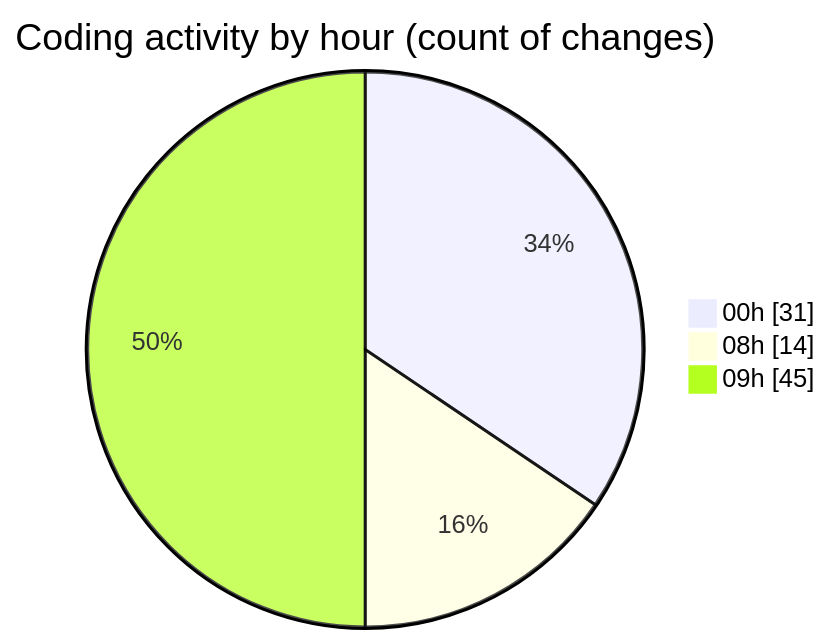
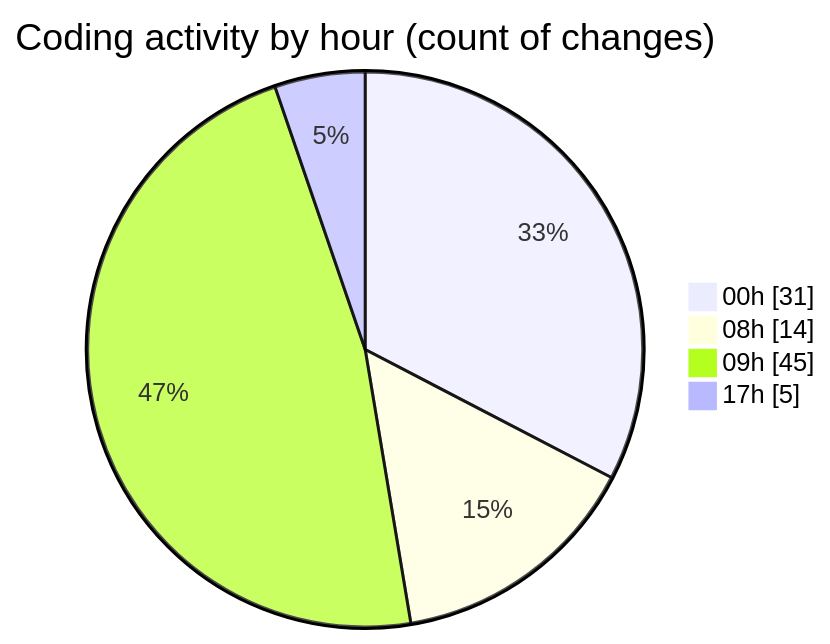
The second of 2 diagrams in 2025-08-03/studybuddy/README.md (lephambinh05/code-tracking), drawn with Mermaid before and after one commit. The commit also changed other lines of this file and 1 other file, not shown here.

````diff
--- a/2025-08-03/studybuddy/README.md
+++ b/2025-08-03/studybuddy/README.md
@@ -62,7 +62,8 @@
 ```mermaid
 pie showData
 title Coding activity by hour (count of changes)
 "00h" : 31
 "08h" : 14
 "09h" : 45
+"17h" : 5
 ```
````
